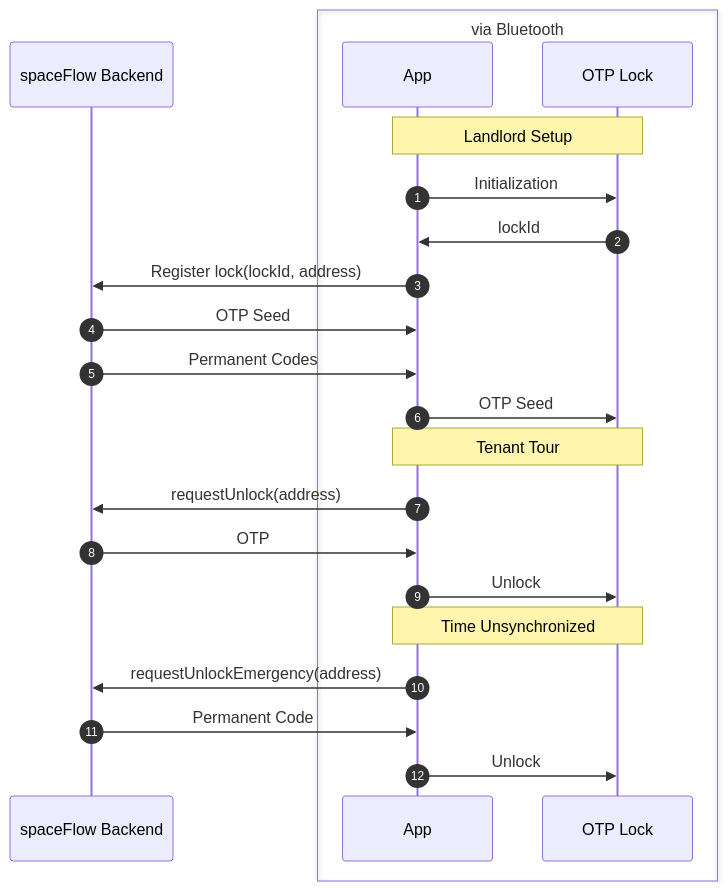
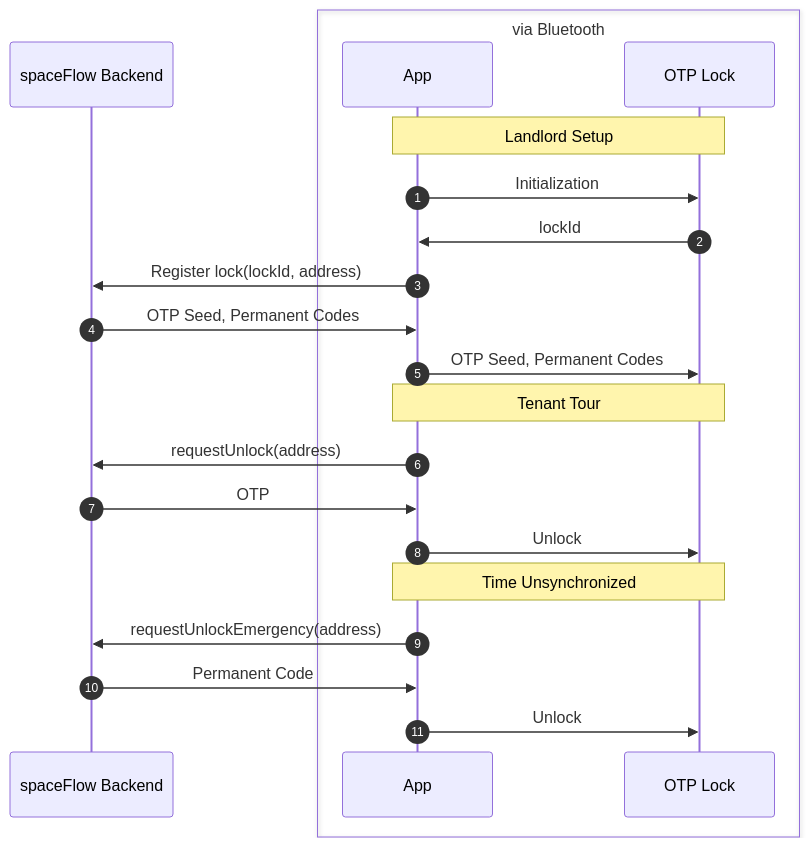
The second of 3 diagrams in profile/README.md (spaceFlow-US/.github), drawn with Mermaid before and after one commit.

````diff
--- a/profile/README.md
+++ b/profile/README.md
@@ -67,25 +67,24 @@
 ```mermaid
 sequenceDiagram
     participant spaceFlow Backend
     box via Bluetooth
     participant App 
     participant OTP Lock
     end
     autonumber
     Note over App,OTP Lock: Landlord Setup
     App->>OTP Lock: Initialization
     OTP Lock ->> App: lockId
     App->>spaceFlow Backend: Register lock(lockId, address)
-    spaceFlow Backend->>App: OTP Seed
-    spaceFlow Backend->>App: Permanent Codes
-    App->>OTP Lock: OTP Seed
+    spaceFlow Backend->>App: OTP Seed, Permanent Codes
+    App->>OTP Lock: OTP Seed, Permanent Codes
     Note over App,OTP Lock: Tenant Tour
     App->>spaceFlow Backend: requestUnlock(address)
     spaceFlow Backend->>App: OTP
     App->>OTP Lock: Unlock
     Note over App,OTP Lock: Time Unsynchronized
     App->>spaceFlow Backend: requestUnlockEmergency(address)
     spaceFlow Backend->>App: Permanent Code
     App->>OTP Lock: Unlock
 
 ```
````
